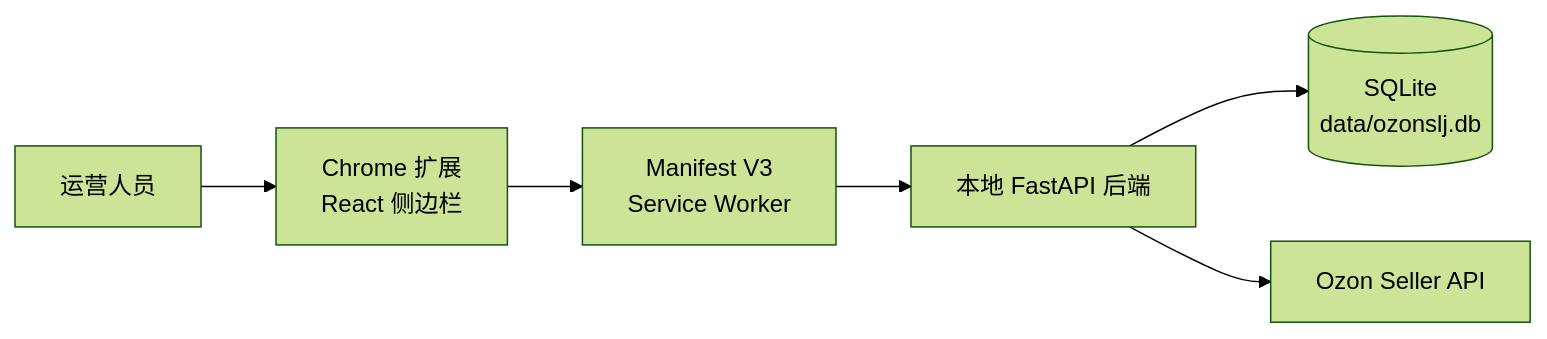
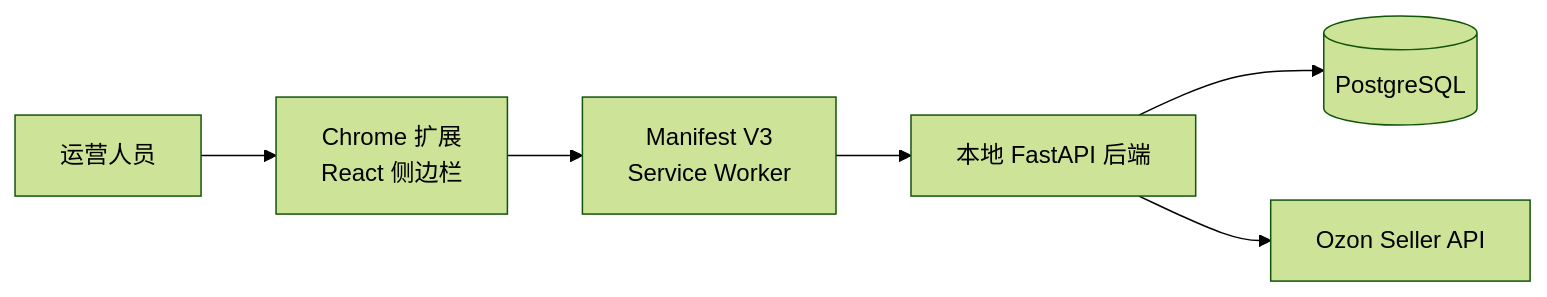
One commit to pengxdCSDN/ozonslj changed the first of 9 diagrams in docs/ARCHITECTURE.md. Above: the diagram before and after it, drawn with Mermaid (forest theme). The commit also changed other lines of this file and 43 other files, not shown here.

Commit message:
feat: 切换 PostgreSQL 并添加云端部署骨架

````diff
--- a/docs/ARCHITECTURE.md
+++ b/docs/ARCHITECTURE.md
@@ -17,8 +19,8 @@
 ```mermaid
 flowchart LR
     OP["运营人员"] --> EXT["Chrome 扩展<br/>React 侧边栏"]
     EXT --> SW["Manifest V3<br/>Service Worker"]
     SW --> API["本地 FastAPI 后端"]
-    API --> DB[("SQLite<br/>data/ozonslj.db")]
+    API --> DB[("PostgreSQL")]
     API --> OZON["Ozon Seller API"]
 ```
````
